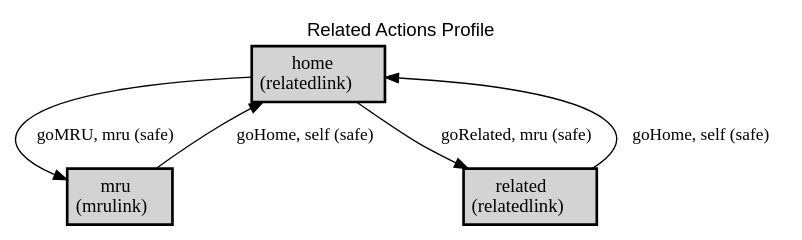
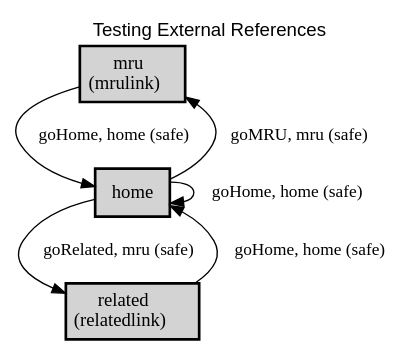
The diagram in external-ref/home.dot (alps-io/alps-asd-playground), drawn with Graphviz before and after one commit. The commit also changed 20 other files, not shown here.

Commit message:
update external-ref for testing

```diff
--- a/external-ref/home.dot
+++ b/external-ref/home.dot
@@ -1,20 +1,21 @@
 digraph application_state_diagram {
   graph [
     labelloc="t";
     fontname="Helvetica"
-    label="Related Actions Profile";
+    label="Testing External References";
     URL="index.html" target="_parent"
   ];
   node [shape = box, style = "bold,filled" fillcolor="lightgray"];
 
-    home [margin=0.02, label=<<table cellspacing="0" cellpadding="5" border="0"><tr><td>home<br />(relatedlink)<br /></td></tr></table>>,shape=box URL="docs/semantic.home.html" target="_parent"]
     mru [margin=0.02, label=<<table cellspacing="0" cellpadding="5" border="0"><tr><td>mru<br />(mrulink)<br /></td></tr></table>>,shape=box URL="docs/semantic.mru.html" target="_parent"]
     related [margin=0.02, label=<<table cellspacing="0" cellpadding="5" border="0"><tr><td>related<br />(relatedlink)<br /></td></tr></table>>,shape=box URL="docs/semantic.related.html" target="_parent"]
 
+    home -> home [label = "goHome, home (safe)" URL="docs/safe.goHome.html" target="_parent" fontsize=13];
     home -> mru [label = "goMRU, mru (safe)" URL="docs/safe.goMRU.html" target="_parent" fontsize=13];
-    mru -> home [label = "goHome, self (safe)" URL="docs/safe.goHome.html" target="_parent" fontsize=13];
     home -> related [label = "goRelated, mru (safe)" URL="docs/safe.goRelated.html" target="_parent" fontsize=13];
-    related -> home [label = "goHome, self (safe)" URL="docs/safe.goHome.html" target="_parent" fontsize=13];
+    mru -> home [label = "goHome, home (safe)" URL="docs/safe.goHome.html" target="_parent" fontsize=13];
+    related -> home [label = "goHome, home (safe)" URL="docs/safe.goHome.html" target="_parent" fontsize=13];
 
+    home [URL="docs/semantic.home.html" target="_parent"]
 
 }
```
